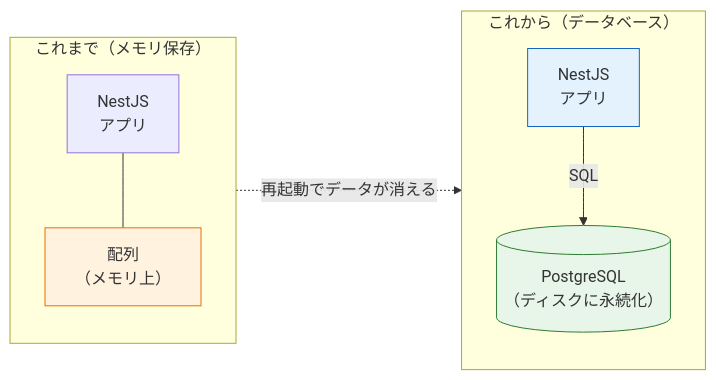
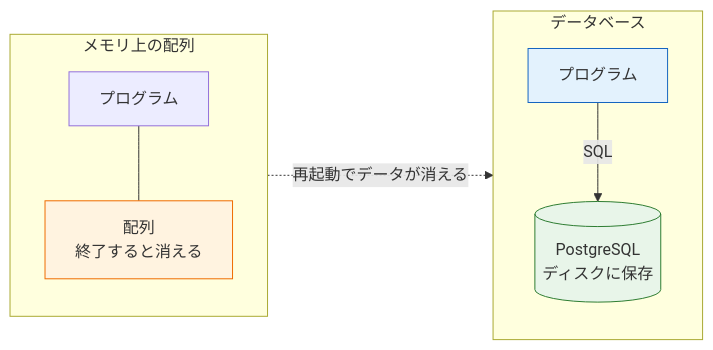
The first of 3 diagrams in cloudflare-site/src/content/docs/database/what_is_database.md (dik-ab/school-curriculum-platform), drawn with Mermaid before and after one commit. The commit also changed other lines of this file, not shown here.

````diff
--- a/cloudflare-site/src/content/docs/database/what_is_database.md
+++ b/cloudflare-site/src/content/docs/database/what_is_database.md
@@ -47,13 +49,13 @@
 ```mermaid
 flowchart LR
-    subgraph before["これまで（メモリ保存）"]
-        A1["NestJS<br>アプリ"] --- A2["配列<br>（メモリ上）"]
+    subgraph before["メモリ上の配列"]
+        A1["プログラム"] --- A2["配列<br>終了すると消える"]
     end
-    subgraph after["これから（データベース）"]
-        B1["NestJS<br>アプリ"] -->|"SQL"| B3[("PostgreSQL<br>（ディスクに永続化）")]
+    subgraph after["データベース"]
+        B1["プログラム"] -->|"SQL"| B3[("PostgreSQL<br>ディスクに保存")]
     end
     before -.->|"再起動でデータが消える"| after
     style A2 fill:#fff3e0,stroke:#ef6c00
     style B3 fill:#e8f5e9,stroke:#2e7d32
     style B1 fill:#e3f2fd,stroke:#1565c0
 ```
````
